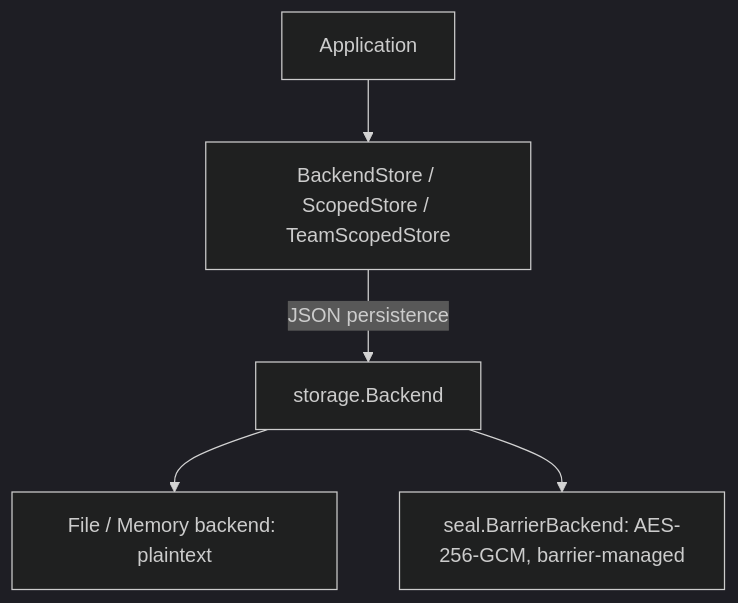
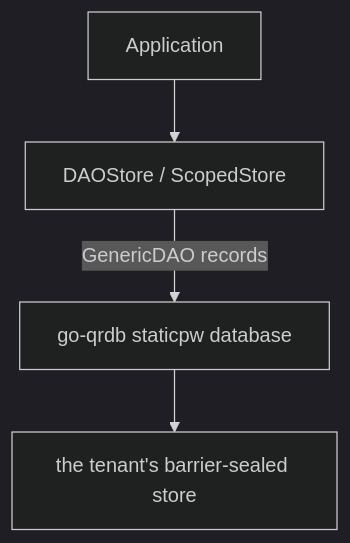
The first of 2 diagrams in docs/staticpw/README.md (jeremyhahn/go-xkms), drawn with Mermaid (dark theme) before and after one commit. The commit also changed other lines of this file and 421 other files, not shown here.

````diff
--- a/docs/staticpw/README.md
+++ b/docs/staticpw/README.md
@@ -22,7 +22,6 @@
 ```mermaid
 graph TD
-    A[Application] --> B[BackendStore / ScopedStore / TeamScopedStore]
-    B -->|JSON persistence| C[storage.Backend]
-    C --> D[File / Memory backend: plaintext]
-    C --> E[seal.BarrierBackend: AES-256-GCM, barrier-managed]
+    A[Application] --> B[DAOStore / ScopedStore]
+    B -->|GenericDAO records| C[go-qrdb staticpw database]
+    C --> D[the tenant's barrier-sealed store]
 ```
````
